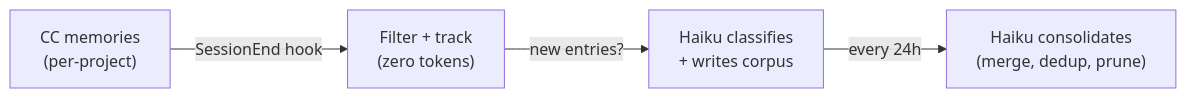
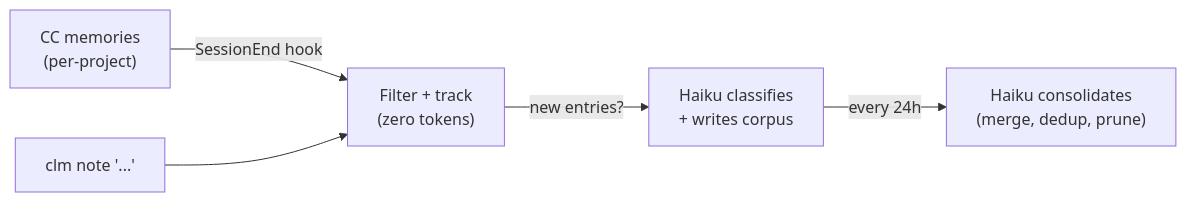
One commit to RyanNg1403/claude-me changed the diagram in README.md. Above: the diagram before and after it, drawn with Mermaid. The commit also changed other lines of this file and 12 other files, not shown here.

````diff
--- a/README.md
+++ b/README.md
@@ -18,6 +18,7 @@
 ```mermaid
 graph LR
     A["CC memories<br/>(per-project)"] -->|SessionEnd hook| B["Filter + track<br/>(zero tokens)"]
+    N["clm note '...'"] --> B
     B -->|new entries?| C["Haiku classifies<br/>+ writes corpus"]
     C -->|every 24h| D["Haiku consolidates<br/>(merge, dedup, prune)"]
 ```
````
